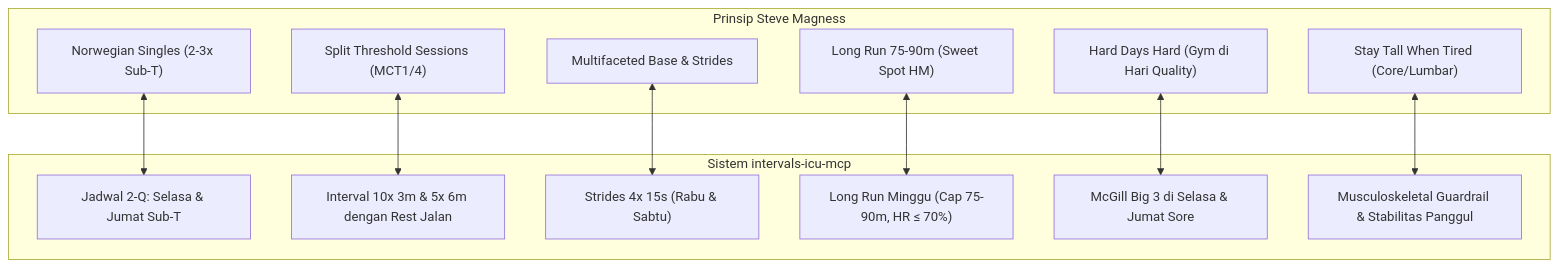
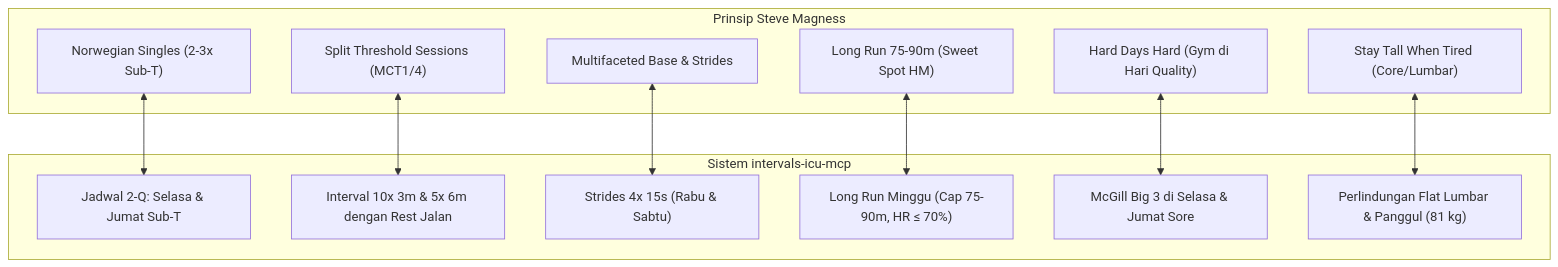
One commit to hadidwirsty/intervals-icu-mcp changed the diagram in docs/references/steve-magness/README.md. Above: the diagram before and after it, drawn with Mermaid. The commit also changed other lines of this file and 66 other files, not shown here.

````diff
--- a/docs/references/steve-magness/README.md
+++ b/docs/references/steve-magness/README.md
@@ -25,27 +25,27 @@
 ```mermaid
 flowchart TD
     subgraph Magness["Prinsip Steve Magness"]
         M1["Norwegian Singles (2-3x Sub-T)"]
         M2["Split Threshold Sessions (MCT1/4)"]
         M3["Multifaceted Base & Strides"]
         M4["Long Run 75-90m (Sweet Spot HM)"]
         M5["Hard Days Hard (Gym di Hari Quality)"]
         M6["Stay Tall When Tired (Core/Lumbar)"]
     end
 
     subgraph System["Sistem intervals-icu-mcp"]
         S1["Jadwal 2-Q: Selasa & Jumat Sub-T"]
         S2["Interval 10x 3m & 5x 6m dengan Rest Jalan"]
         S3["Strides 4x 15s (Rabu & Sabtu)"]
         S4["Long Run Minggu (Cap 75-90m, HR ≤ 70%)"]
         S5["McGill Big 3 di Selasa & Jumat Sore"]
-        S6["Musculoskeletal Guardrail & Stabilitas Panggul"]
+        S6["Perlindungan Flat Lumbar & Panggul (81 kg)"]
     end
 
     M1 <--> S1
     M2 <--> S2
     M3 <--> S3
     M4 <--> S4
     M5 <--> S5
     M6 <--> S6
 ```
````
